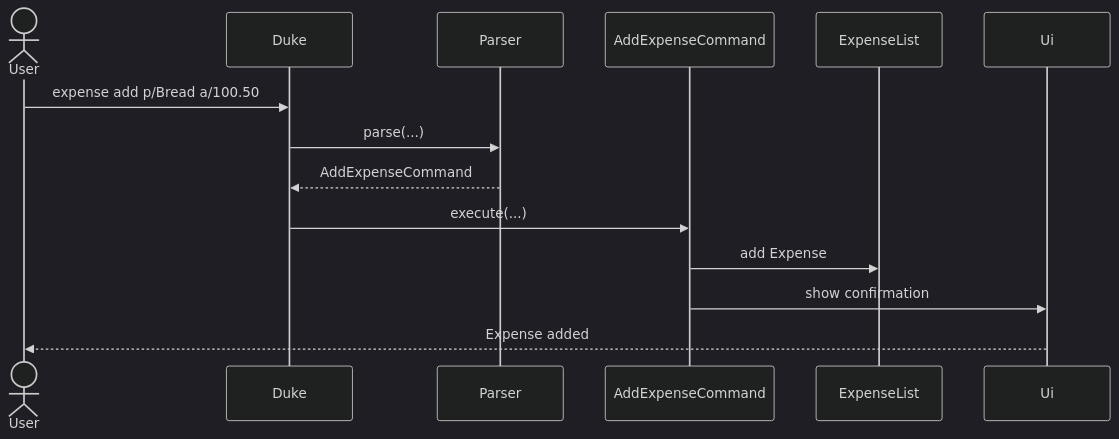
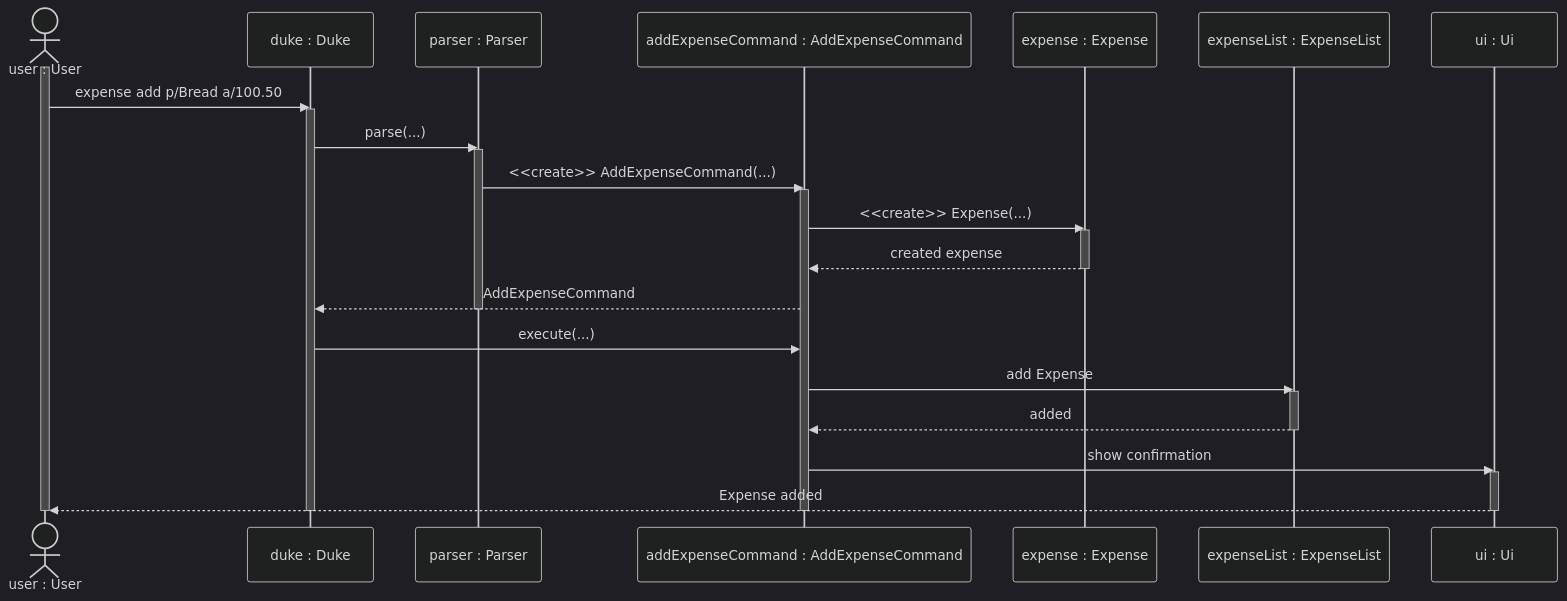
The diagram in docs/diagrams/expense-add.mmd (AY2627S1-CS2113-T11-1/tp), drawn with Mermaid (dark theme) before and after one commit. The commit also changed 8 other files, not shown here.

Commit message:
docs: update UML financial sequence diagrams

```diff
--- a/docs/diagrams/expense-add.mmd
+++ b/docs/diagrams/expense-add.mmd
@@ -1,15 +1,35 @@
 sequenceDiagram
-    actor User
-    participant D as Duke
-    participant P as Parser
-    participant C as AddExpenseCommand
-    participant L as ExpenseList
-    participant U as Ui
+    actor User as user : User
+    participant D as duke : Duke
+    participant P as parser : Parser
+    participant C as addExpenseCommand : AddExpenseCommand
+    participant E as expense : Expense
+    participant L as expenseList : ExpenseList
+    participant U as ui : Ui
 
+    activate User
     User->>D: expense add p/Bread a/100.50
+    activate D
     D->>P: parse(...)
-    P-->>D: AddExpenseCommand
+    activate P
+    P->>C: <<create>> AddExpenseCommand(...)
+    activate C
+    C->>E: <<create>> Expense(...)
+    activate E
+    E-->>C: created expense
+    deactivate E
+    C-->>D: AddExpenseCommand
+    deactivate P
     D->>C: execute(...)
     C->>L: add Expense
+    activate L
+    L-->>C: added
+    deactivate L
     C->>U: show confirmation
+    activate U
     U-->>User: Expense added
+    deactivate U
+    deactivate C
+    destroy C
+    deactivate D
+    deactivate User
```
